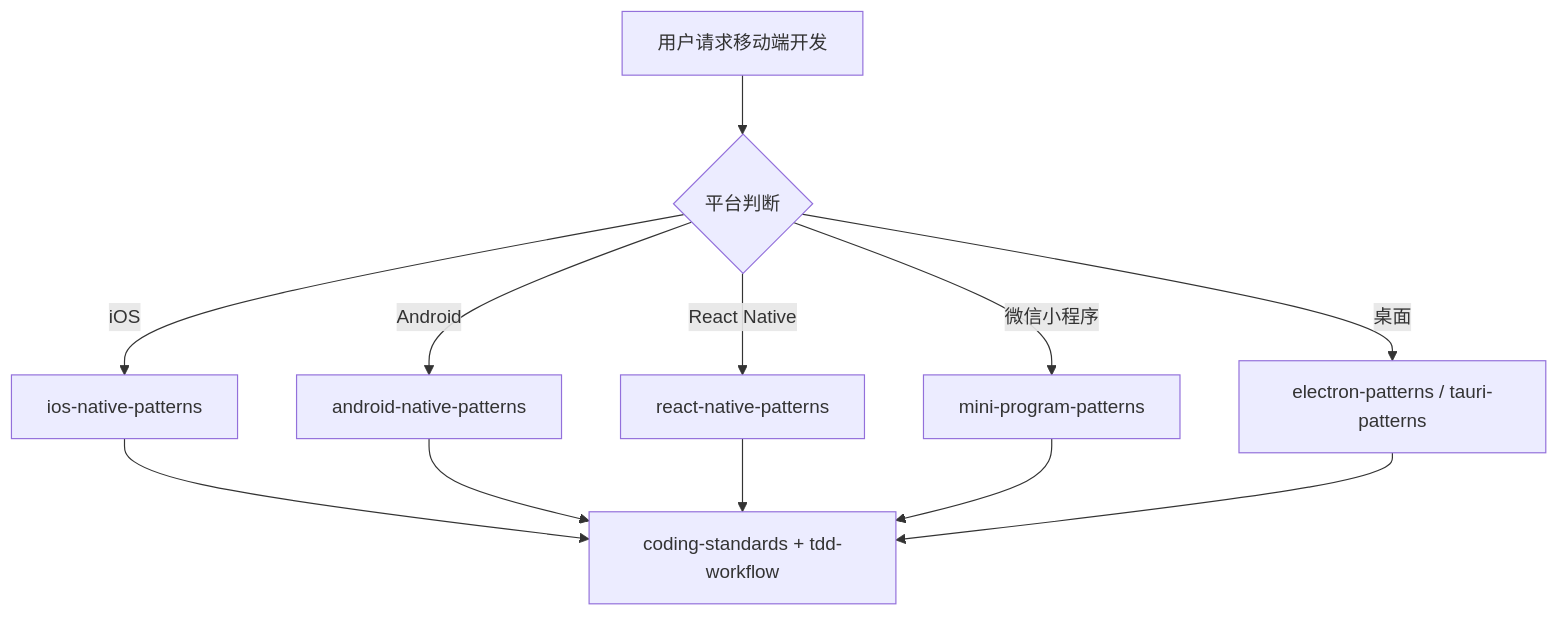
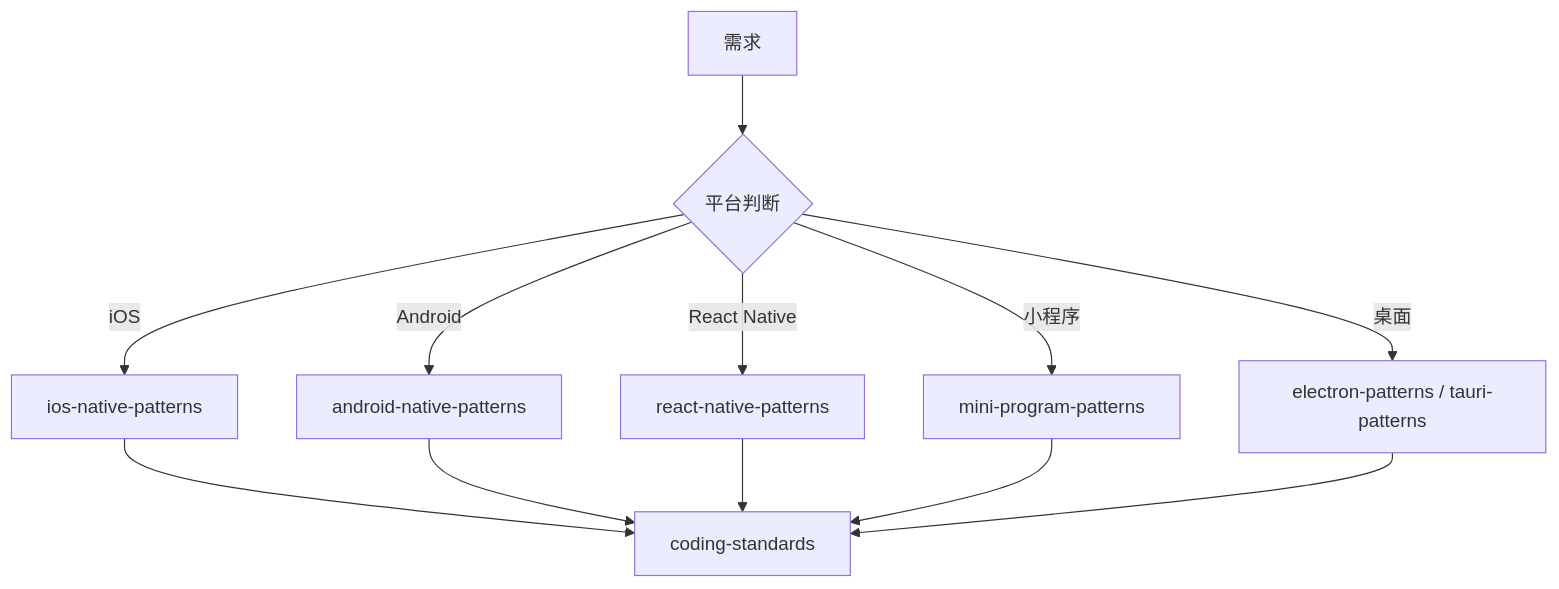
Before and after one commit to Tooooommy/Trae-Workflow: the diagram in agents/mobile-team.md, drawn with Mermaid. The commit also changed other lines of this file, not shown here.

````diff
--- a/agents/mobile-team.md
+++ b/agents/mobile-team.md
@@ -27,15 +36,15 @@
 ```mermaid
 flowchart TD
-    A[用户请求移动端开发] --> B{平台判断}
+    A[需求] --> B{平台判断}
     B -->|iOS| C[ios-native-patterns]
     B -->|Android| D[android-native-patterns]
     B -->|React Native| E[react-native-patterns]
-    B -->|微信小程序| F[mini-program-patterns]
+    B -->|小程序| F[mini-program-patterns]
     B -->|桌面| G[electron-patterns / tauri-patterns]
 
-    C --> H[coding-standards + tdd-workflow]
+    C --> H[coding-standards]
     D --> H
     E --> H
     F --> H
     G --> H
 ```
````
